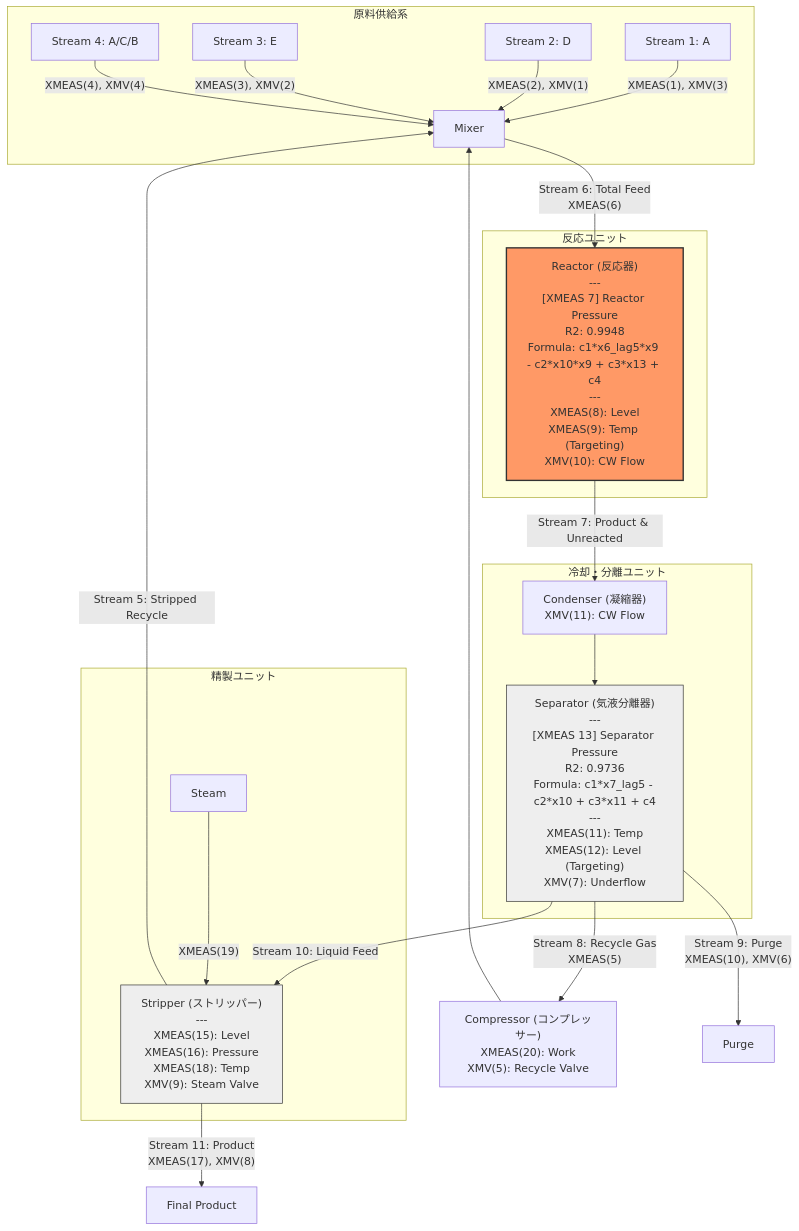
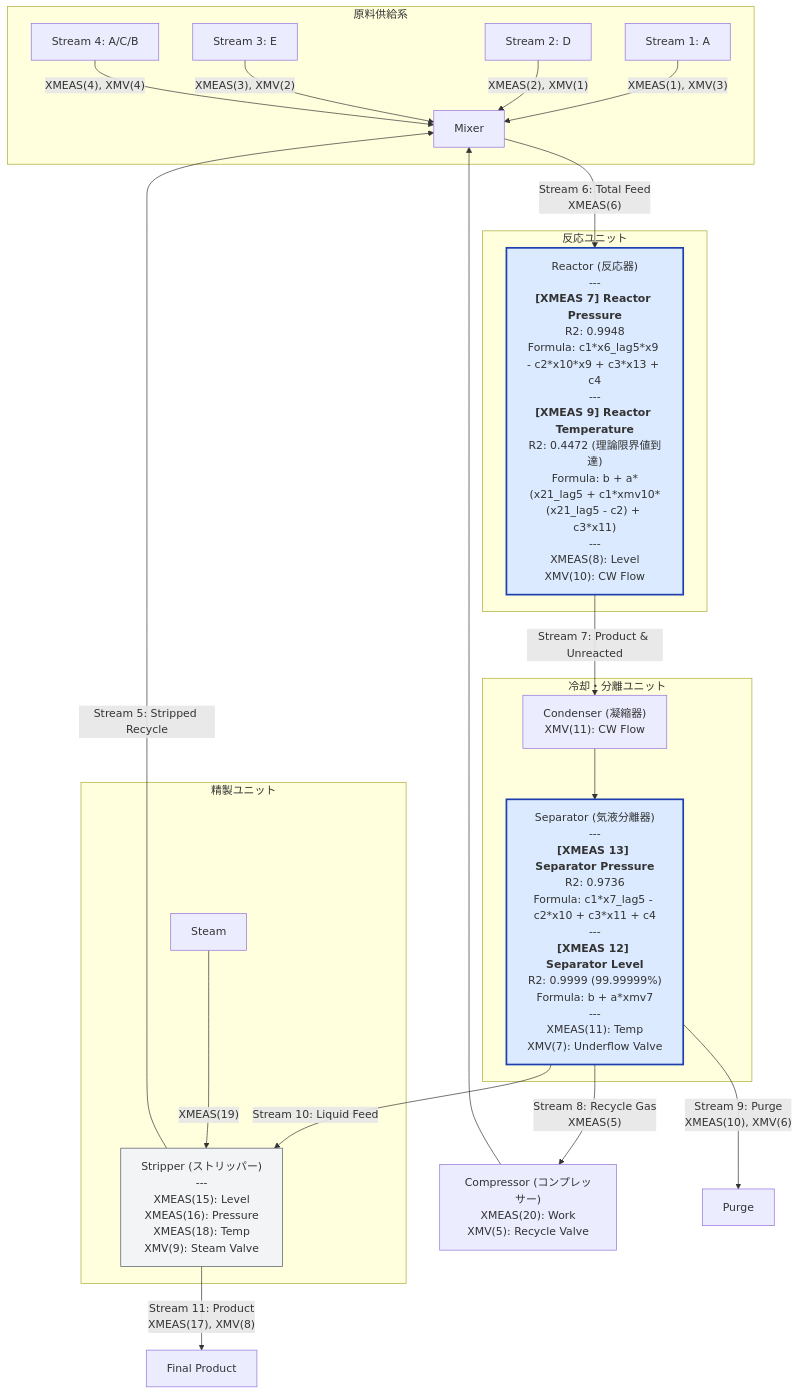
Before and after one commit to gotou8810/LLM-GP: the diagram in TEP_FLOW_DIAGRAM.md, drawn with Mermaid. The commit also changed other lines of this file and 11 other files, not shown here.

````diff
--- a/TEP_FLOW_DIAGRAM.md
+++ b/TEP_FLOW_DIAGRAM.md
@@ -6,41 +6,41 @@
 ```mermaid
 graph TD
     subgraph Feeds [原料供給系]
         S1[Stream 1: A] --> |"XMEAS(1), XMV(3)"| Mixer
         S2[Stream 2: D] --> |"XMEAS(2), XMV(1)"| Mixer
         S3[Stream 3: E] --> |"XMEAS(3), XMV(2)"| Mixer
         S4[Stream 4: A/C/B] --> |"XMEAS(4), XMV(4)"| Mixer
     end
 
     Mixer --> |"Stream 6: Total Feed\nXMEAS(6)"| Reactor
 
     subgraph ReactorUnit [反応ユニット]
-        Reactor["Reactor (反応器)<br/>---<br/>[XMEAS 7] Reactor Pressure<br/>R2: 0.9948<br/>Formula: c1*x6_lag5*x9 - c2*x10*x9 + c3*x13 + c4<br/>---<br/>XMEAS(8): Level<br/>XMEAS(9): Temp (Targeting)<br/>XMV(10): CW Flow"]
+        Reactor["Reactor (反応器)<br/>---<br/><b>[XMEAS 7] Reactor Pressure</b><br/>R2: 0.9948<br/>Formula: c1*x6_lag5*x9 - c2*x10*x9 + c3*x13 + c4<br/>---<br/><b>[XMEAS 9] Reactor Temperature</b><br/>R2: 0.4472 (理論限界値到達)<br/>Formula: b + a*(x21_lag5 + c1*xmv10*(x21_lag5 - c2) + c3*x11)<br/>---<br/>XMEAS(8): Level<br/>XMV(10): CW Flow"]
     end
 
     Reactor --> |"Stream 7: Product & Unreacted"| Condenser
 
     subgraph CoolingUnit [冷却・分離ユニット]
-        Condenser["Condenser (凝縮器)<br/>XMV(11): CW Flow"] --> Separator["Separator (気液分離器)<br/>---<br/>[XMEAS 13] Separator Pressure<br/>R2: 0.9736<br/>Formula: c1*x7_lag5 - c2*x10 + c3*x11 + c4<br/>---<br/>XMEAS(11): Temp<br/>XMEAS(12): Level (Targeting)<br/>XMV(7): Underflow"]
+        Condenser["Condenser (凝縮器)<br/>XMV(11): CW Flow"] --> Separator["Separator (気液分離器)<br/>---<br/><b>[XMEAS 13] Separator Pressure</b><br/>R2: 0.9736<br/>Formula: c1*x7_lag5 - c2*x10 + c3*x11 + c4<br/>---<br/><b>[XMEAS 12] Separator Level</b><br/>R2: 0.9999 (99.99999%)<br/>Formula: b + a*xmv7<br/>---<br/>XMEAS(11): Temp<br/>XMV(7): Underflow Valve"]
     end
 
     Separator --> |"Stream 8: Recycle Gas\nXMEAS(5)"| Compressor["Compressor (コンプレッサー)<br/>XMEAS(20): Work<br/>XMV(5): Recycle Valve"]
     Compressor --> Mixer
 
     Separator --> |"Stream 9: Purge\nXMEAS(10), XMV(6)"| Purge[Purge]
 
     Separator --> |"Stream 10: Liquid Feed"| Stripper
 
     subgraph StrippingUnit [精製ユニット]
         Stripper["Stripper (ストリッパー)<br/>---<br/>XMEAS(15): Level<br/>XMEAS(16): Pressure<br/>XMEAS(18): Temp<br/>XMV(9): Steam Valve"]
         Steam[Steam] --> |"XMEAS(19)"| Stripper
     end
 
     Stripper --> |"Stream 5: Stripped Recycle"| Mixer
     Stripper --> |"Stream 11: Product<br/>XMEAS(17), XMV(8)"| Product[Final Product]
 
-    %% ステータスに応じた色分け
-    style Reactor fill:#f96,stroke:#333,stroke-width:2px
-    style Separator fill:#eee,stroke:#333
-    style Stripper fill:#eee,stroke:#333
+    %% ステータスに応じた色分け (全ユニット完了・ライトブルー点灯)
+    style Reactor fill:#dbeafe,stroke:#1e40af,stroke-width:2.5px
+    style Separator fill:#dbeafe,stroke:#1e40af,stroke-width:2.5px
+    style Stripper fill:#f3f4f6,stroke:#4b5563
 ```
````
